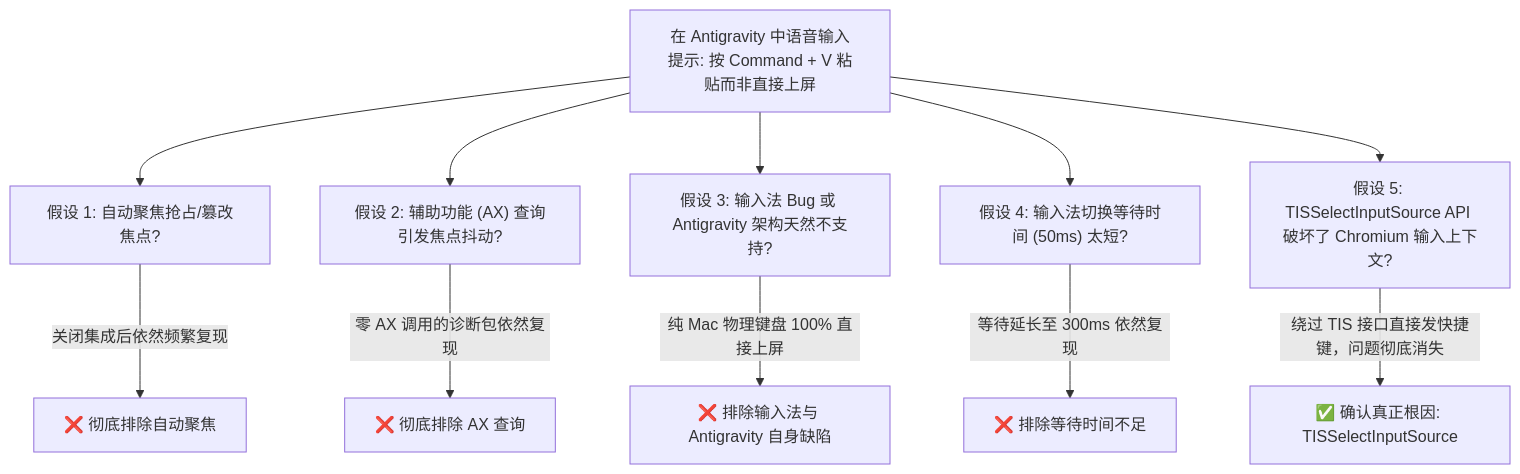
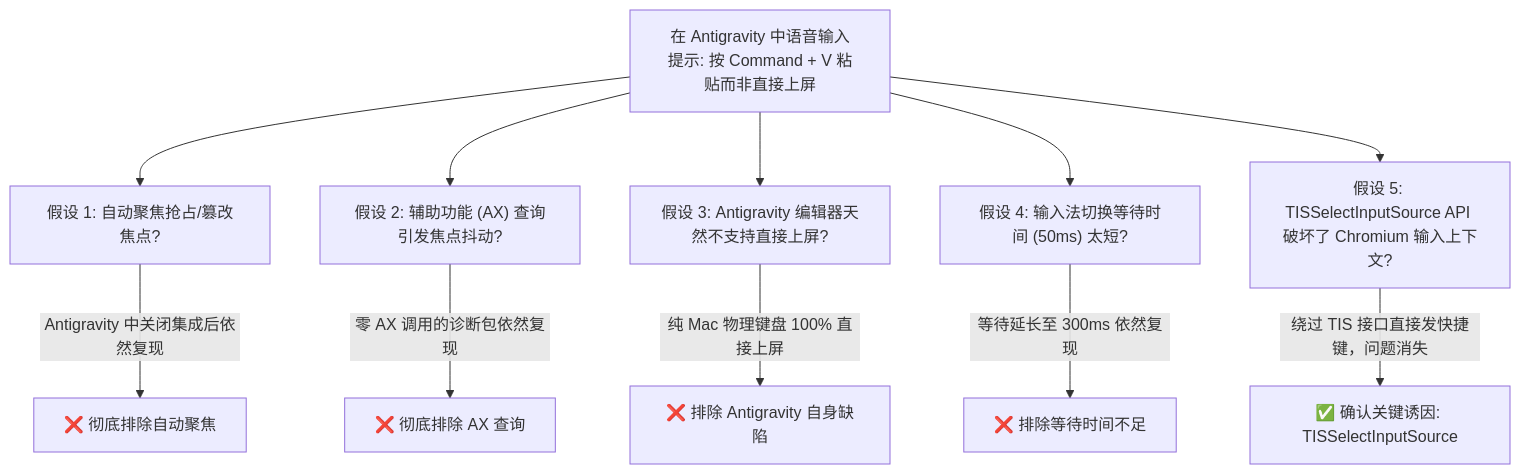
Before and after one commit to zfdang/remote-buddy: the first of 3 diagrams in docs/ime-command-v-paste-investigation.md, drawn with Mermaid. The commit also changed other lines of this file, not shown here.

Commit message:
docs(ime): refine investigation based strictly on antigravity test data

````diff
--- a/docs/ime-command-v-paste-investigation.md
+++ b/docs/ime-command-v-paste-investigation.md
@@ -22,14 +22,14 @@
 ```mermaid
 flowchart TD
     Issue["在 Antigravity 中语音输入<br/>提示: 按 Command + V 粘贴而非直接上屏"] --> H1["假设 1: 自动聚焦抢占/篡改焦点?"]
     Issue --> H2["假设 2: 辅助功能 (AX) 查询引发焦点抖动?"]
-    Issue --> H3["假设 3: 输入法 Bug 或 Antigravity 架构天然不支持?"]
+    Issue --> H3["假设 3: Antigravity 编辑器天然不支持直接上屏?"]
     Issue --> H4["假设 4: 输入法切换等待时间 (50ms) 太短?"]
     Issue --> H5["假设 5: TISSelectInputSource API 破坏了 Chromium 输入上下文?"]
 
-    H1 -- "关闭集成后依然频繁复现" --> R1["❌ 彻底排除自动聚焦"]
+    H1 -- "Antigravity 中关闭集成后依然复现" --> R1["❌ 彻底排除自动聚焦"]
     H2 -- "零 AX 调用的诊断包依然复现" --> R2["❌ 彻底排除 AX 查询"]
-    H3 -- "纯 Mac 物理键盘 100% 直接上屏" --> R3["❌ 排除输入法与 Antigravity 自身缺陷"]
+    H3 -- "纯 Mac 物理键盘 100% 直接上屏" --> R3["❌ 排除 Antigravity 自身缺陷"]
     H4 -- "等待延长至 300ms 依然复现" --> R4["❌ 排除等待时间不足"]
-    H5 -- "绕过 TIS 接口直接发快捷键，问题彻底消失" --> R5["✅ 确认真正根因: TISSelectInputSource"]
+    H5 -- "绕过 TIS 接口直接发快捷键，问题消失" --> R5["✅ 确认关键诱因: TISSelectInputSource"]
 ```
````
